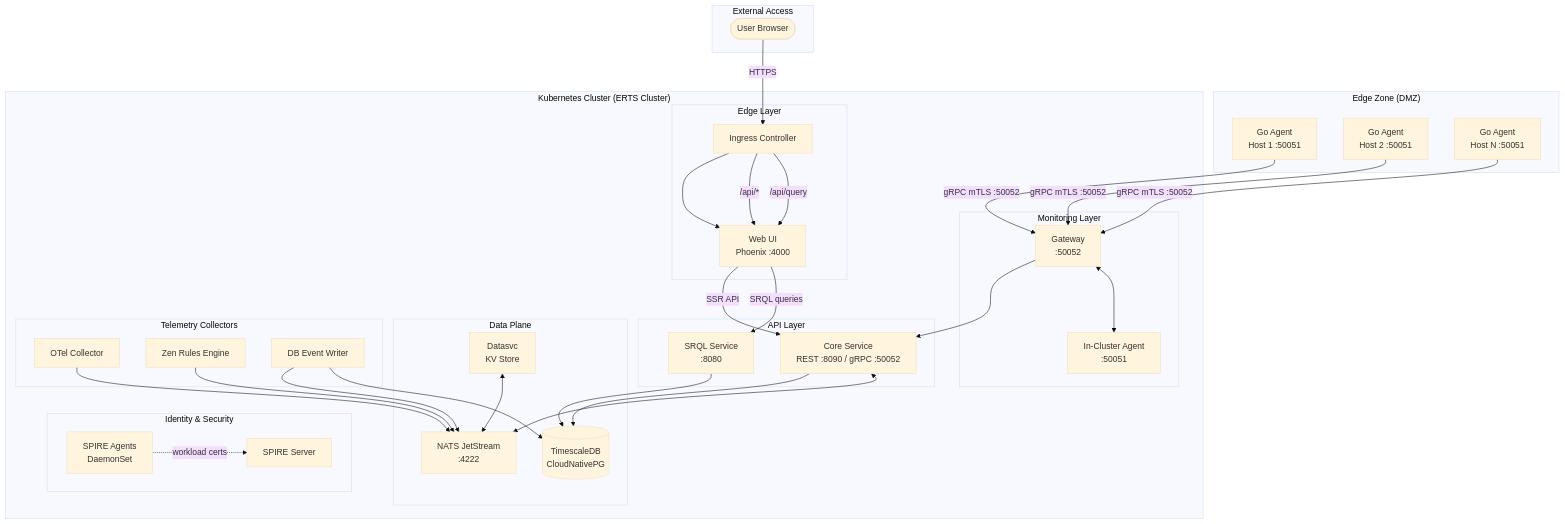
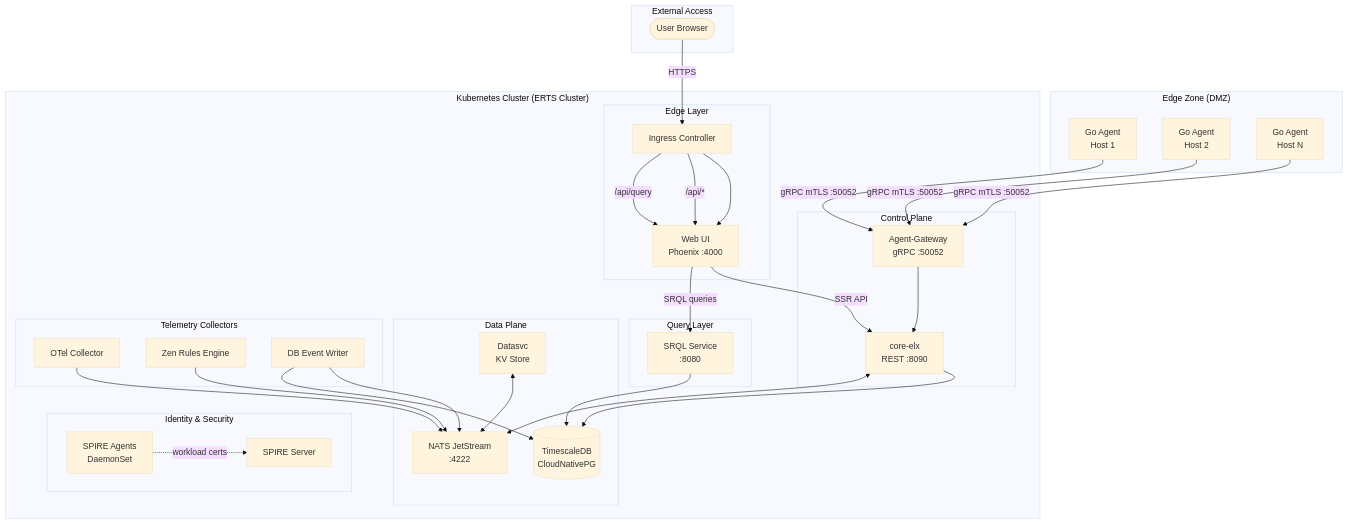
The first of 7 diagrams in docs/docs/architecture.md (carverauto/serviceradar), drawn with Mermaid (base theme) before and after one commit. The commit also changed other lines of this file and 11 other files, not shown here.

````diff
--- a/docs/docs/architecture.md
+++ b/docs/docs/architecture.md
@@ -12,76 +12,74 @@
 ```mermaid
 flowchart TB
     subgraph External["External Access"]
         User([User Browser])
     end
 
     subgraph EdgeZone["Edge Zone (DMZ)"]
-        GA1[Go Agent<br/>Host 1 :50051]
-        GA2[Go Agent<br/>Host 2 :50051]
-        GAN[Go Agent<br/>Host N :50051]
+        GA1[Go Agent<br/>Host 1]
+        GA2[Go Agent<br/>Host 2]
+        GAN[Go Agent<br/>Host N]
     end
 
     subgraph Cluster["Kubernetes Cluster (ERTS Cluster)"]
         subgraph Ingress["Edge Layer"]
             ING[Ingress Controller]
             WEB[Web UI<br/>Phoenix :4000]
         end
 
-        subgraph API["API Layer"]
-            CORE[Core Service<br/>REST :8090 / gRPC :50052]
-            SRQL[SRQL Service<br/>:8080]
+        subgraph ControlPlane["Control Plane"]
+            CORE[core-elx<br/>REST :8090]
+            GATEWAY[Agent-Gateway<br/>gRPC :50052]
         end
 
-        subgraph Monitoring["Monitoring Layer"]
-            GATEWAY[Gateway<br/>:50052]
-            AGENT[In-Cluster Agent<br/>:50051]
+        subgraph API["Query Layer"]
+            SRQL[SRQL Service<br/>:8080]
         end
 
         subgraph DataPlane["Data Plane"]
             NATS[NATS JetStream<br/>:4222]
             DATASVC[Datasvc<br/>KV Store]
             CNPG[(TimescaleDB<br/>CloudNativePG)]
         end
 
         subgraph Collectors["Telemetry Collectors"]
             OTEL[OTel Collector]
             ZEN[Zen Rules Engine]
             DBWRITER[DB Event Writer]
         end
 
         subgraph Identity["Identity & Security"]
             SPIRE[SPIRE Server]
             SPIREAGENT[SPIRE Agents<br/>DaemonSet]
         end
     end
 
     %% User traffic flow
     User -->|HTTPS| ING
     ING --> WEB
     ING -->|/api/*| WEB
     ING -->|/api/query| WEB
     WEB -->|SSR API| CORE
     WEB -->|SRQL queries| SRQL
 
     %% Edge agent flow - gRPC only, no ERTS
     GA1 -->|gRPC mTLS :50052| GATEWAY
     GA2 -->|gRPC mTLS :50052| GATEWAY
     GAN -->|gRPC mTLS :50052| GATEWAY
 
-    %% Internal monitoring
+    %% Internal coordination
     GATEWAY --> CORE
-    GATEWAY <--> AGENT
 
     %% Data flow
     CORE --> CNPG
     SRQL --> CNPG
     CORE <--> NATS
     DATASVC <--> NATS
     OTEL --> NATS
     ZEN --> NATS
     DBWRITER --> NATS
     DBWRITER --> CNPG
 
     %% Identity (simplified - all services use SPIRE)
     SPIREAGENT -.->|workload certs| SPIRE
 ```
````
